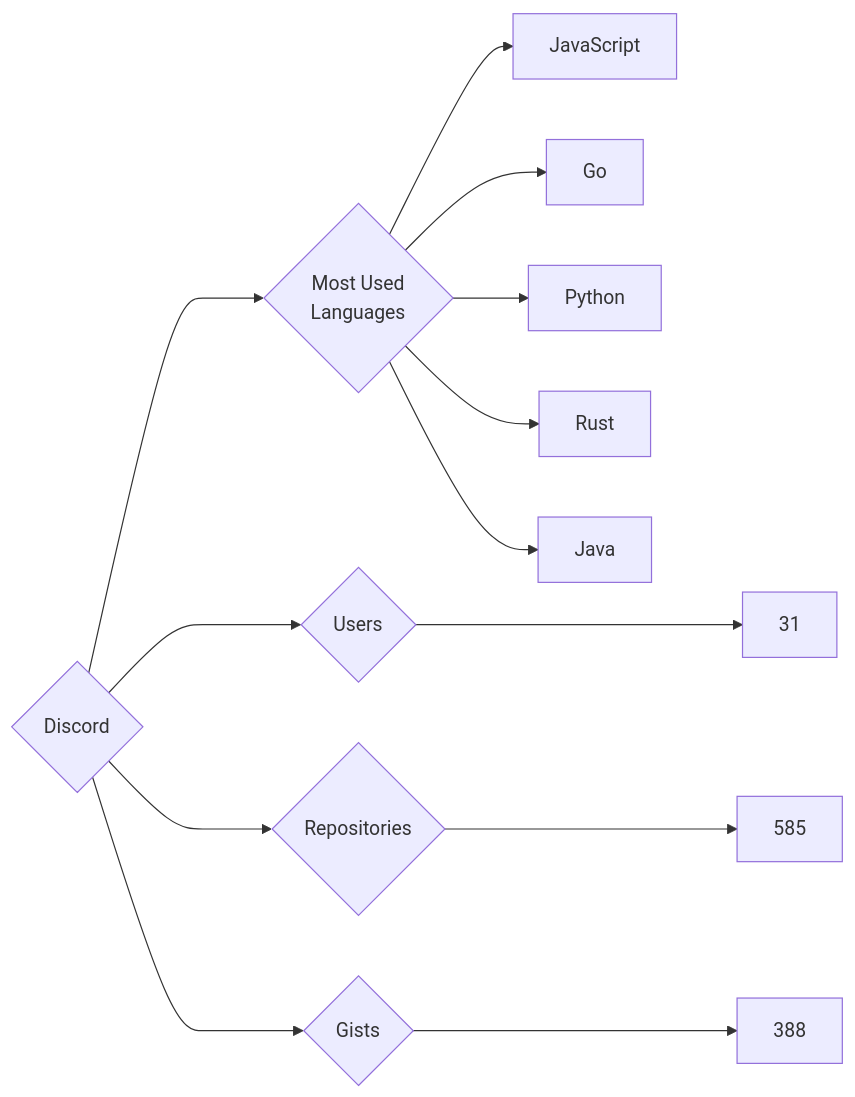
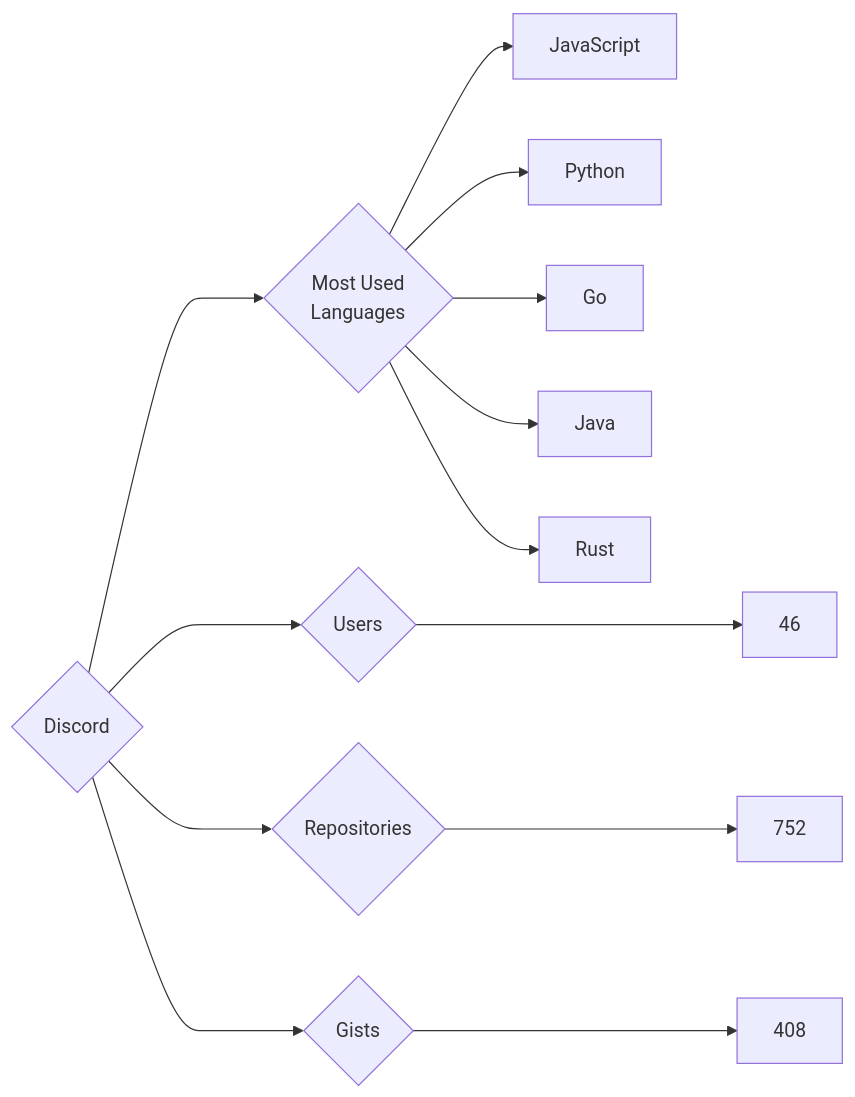
The diagram in targets/Discord/README.md (trickest/insiders), drawn with Mermaid before and after one commit. The commit also changed 861 other files, not shown here.

````diff
--- a/targets/Discord/README.md
+++ b/targets/Discord/README.md
@@ -3,13 +3,13 @@
 ```mermaid
 graph LR
 COMPANY_NAME{Discord}
-COMPANY_NAME ---> U{Users} ---> UN[31]
-COMPANY_NAME ---> R{Repositories} ---> RN[585]
-COMPANY_NAME ---> G{Gists} ---> GN[388]
+COMPANY_NAME ---> U{Users} ---> UN[46]
+COMPANY_NAME ---> R{Repositories} ---> RN[752]
+COMPANY_NAME ---> G{Gists} ---> GN[408]
 COMPANY_NAME ---> ML{Most Used<br>Languages}
 ML --> JavaScript[JavaScript]
+ML --> Python[Python]
 ML --> Go[Go]
-ML --> Python[Python]
+ML --> Java[Java]
 ML --> Rust[Rust]
-ML --> Java[Java]
 ```
````
